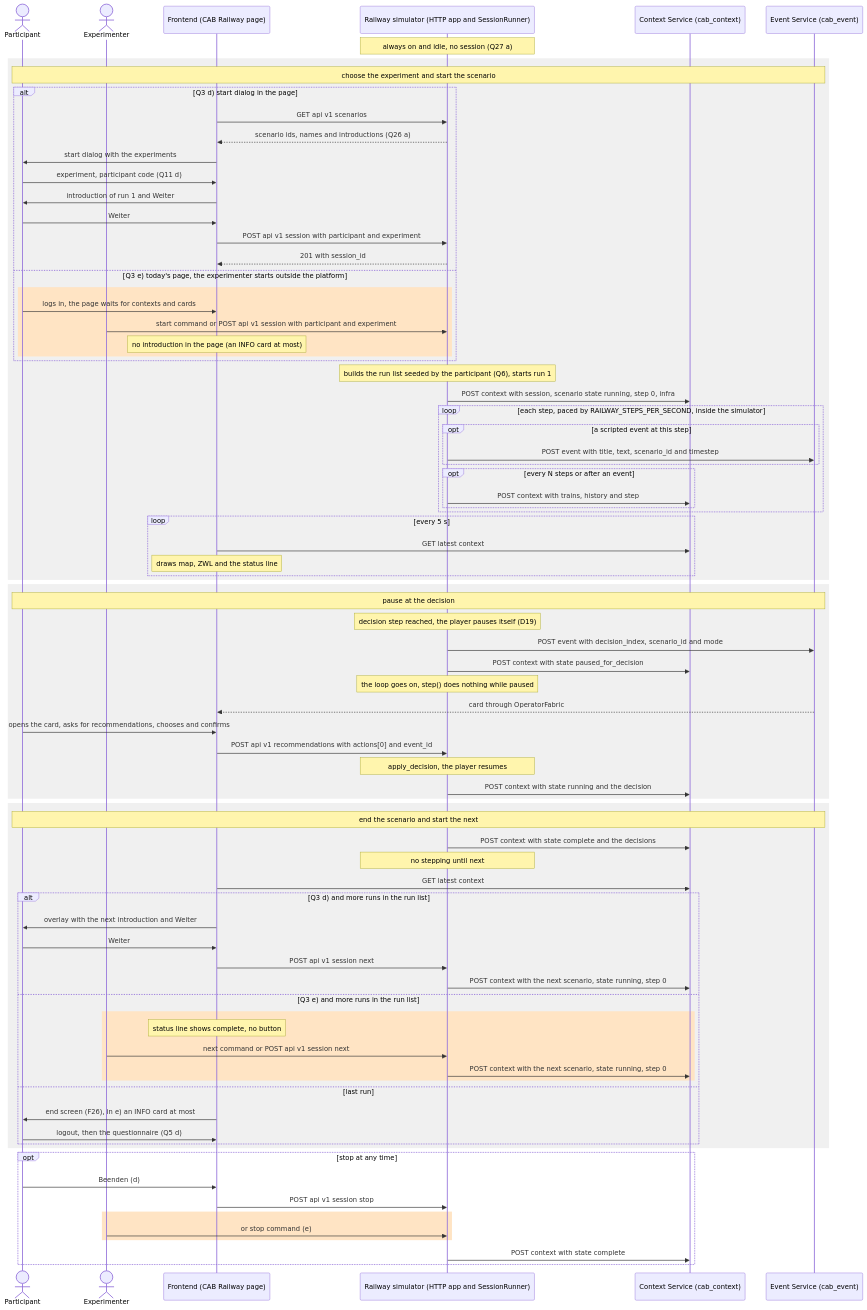
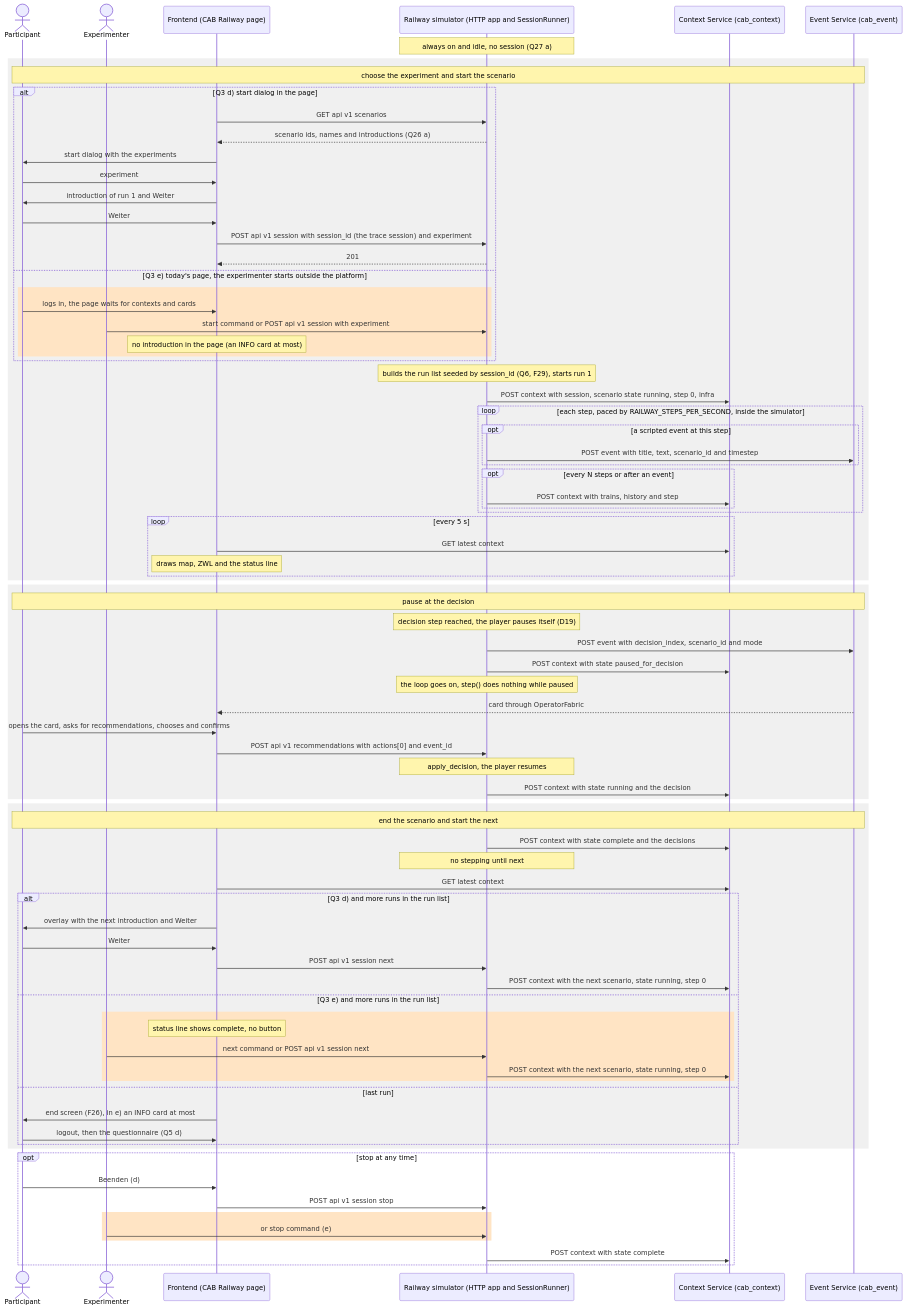
One commit to ainetus/InteractiveAI changed the ninth of 12 diagrams in docs/plans/railway-use-case.md. Above: the diagram before and after it, drawn with Mermaid. The commit also changed other lines of this file, not shown here.

First line of the commit message:
docs(plans): identify the Railway Experiment by the platform's trace session

```diff
--- a/docs/plans/railway-use-case.md
+++ b/docs/plans/railway-use-case.md
@@ -1288,19 +1294,19 @@
         FE->>Sim: GET api v1 scenarios
         Sim-->>FE: scenario ids, names and introductions (Q26 a)
         FE->>P: start dialog with the experiments
-        P->>FE: experiment, participant code (Q11 d)
+        P->>FE: experiment
         FE->>P: introduction of run 1 and Weiter
         P->>FE: Weiter
-        FE->>Sim: POST api v1 session with participant and experiment
-        Sim-->>FE: 201 with session_id
+        FE->>Sim: POST api v1 session with session_id (the trace session) and experiment
+        Sim-->>FE: 201
     else Q3 e) today's page, the experimenter starts outside the platform
         rect rgb(255, 228, 196)
         P->>FE: logs in, the page waits for contexts and cards
-        Exp->>Sim: start command or POST api v1 session with participant and experiment
+        Exp->>Sim: start command or POST api v1 session with experiment
         Note over FE: no introduction in the page (an INFO card at most)
         end
     end
-    Note over Sim: builds the run list seeded by the participant (Q6), starts run 1
+    Note over Sim: builds the run list seeded by session_id (Q6, F29), starts run 1
     Sim->>Ctx: POST context with session, scenario state running, step 0, infra
     loop each step, paced by RAILWAY_STEPS_PER_SECOND, inside the simulator
         opt a scripted event at this step
```
